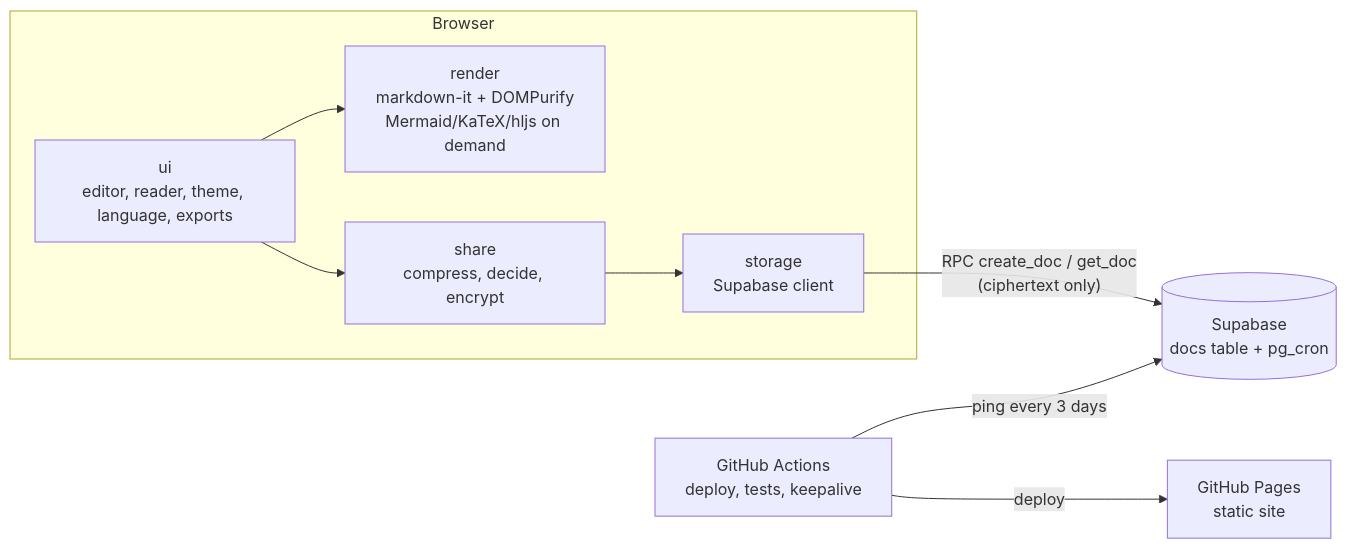
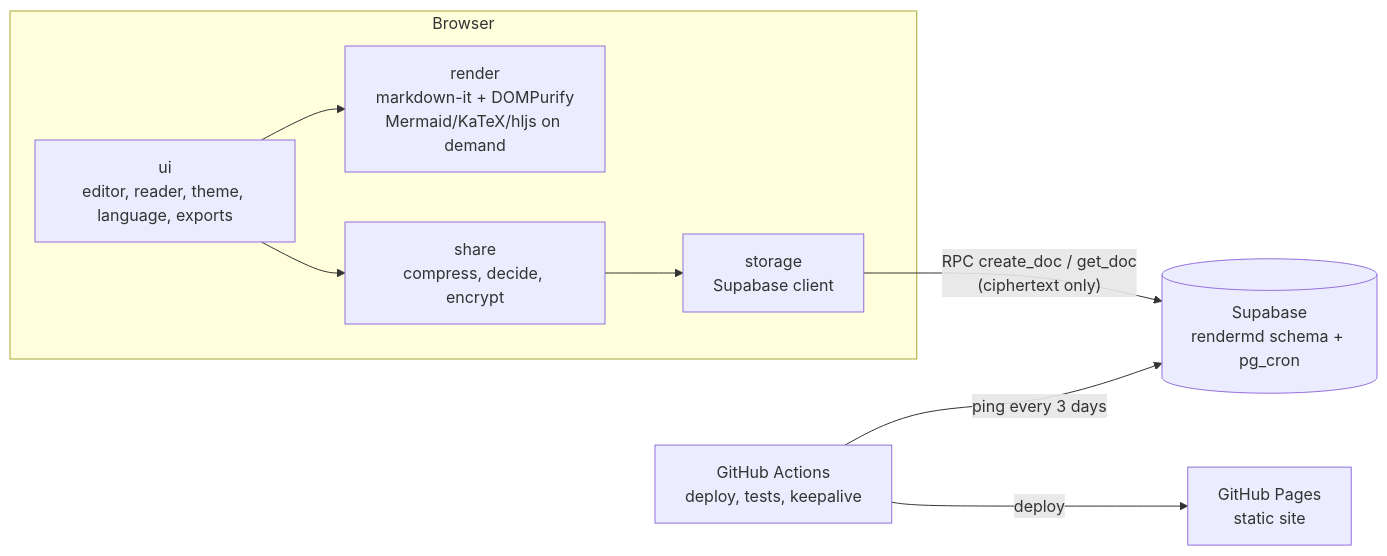
One commit to TrainedLoop/sealdown changed the diagram in docs/superpowers/specs/2026-10-14-rendermd-design.md. Above: the diagram before and after it, drawn with Mermaid. The commit also changed other lines of this file and 8 other files, not shown here.

First line of the commit message:
feat: move database objects to a rendermd schema with a 100 MB budget

````diff
--- a/docs/superpowers/specs/2026-10-14-rendermd-design.md
+++ b/docs/superpowers/specs/2026-10-14-rendermd-design.md
@@ -65,15 +65,15 @@
 ```mermaid
 flowchart LR
   subgraph Browser
     UI["ui<br/>editor, reader, theme, language, exports"]
     R["render<br/>markdown-it + DOMPurify<br/>Mermaid/KaTeX/hljs on demand"]
     S["share<br/>compress, decide, encrypt"]
     ST["storage<br/>Supabase client"]
     UI --> R
     UI --> S
     S --> ST
   end
-  ST -- "RPC create_doc / get_doc<br/>(ciphertext only)" --> DB[("Supabase<br/>docs table + pg_cron")]
+  ST -- "RPC create_doc / get_doc<br/>(ciphertext only)" --> DB[("Supabase<br/>rendermd schema + pg_cron")]
   GH["GitHub Actions<br/>deploy, tests, keepalive"] -- ping every 3 days --> DB
   GH -- deploy --> Pages["GitHub Pages<br/>static site"]
 ```
````
